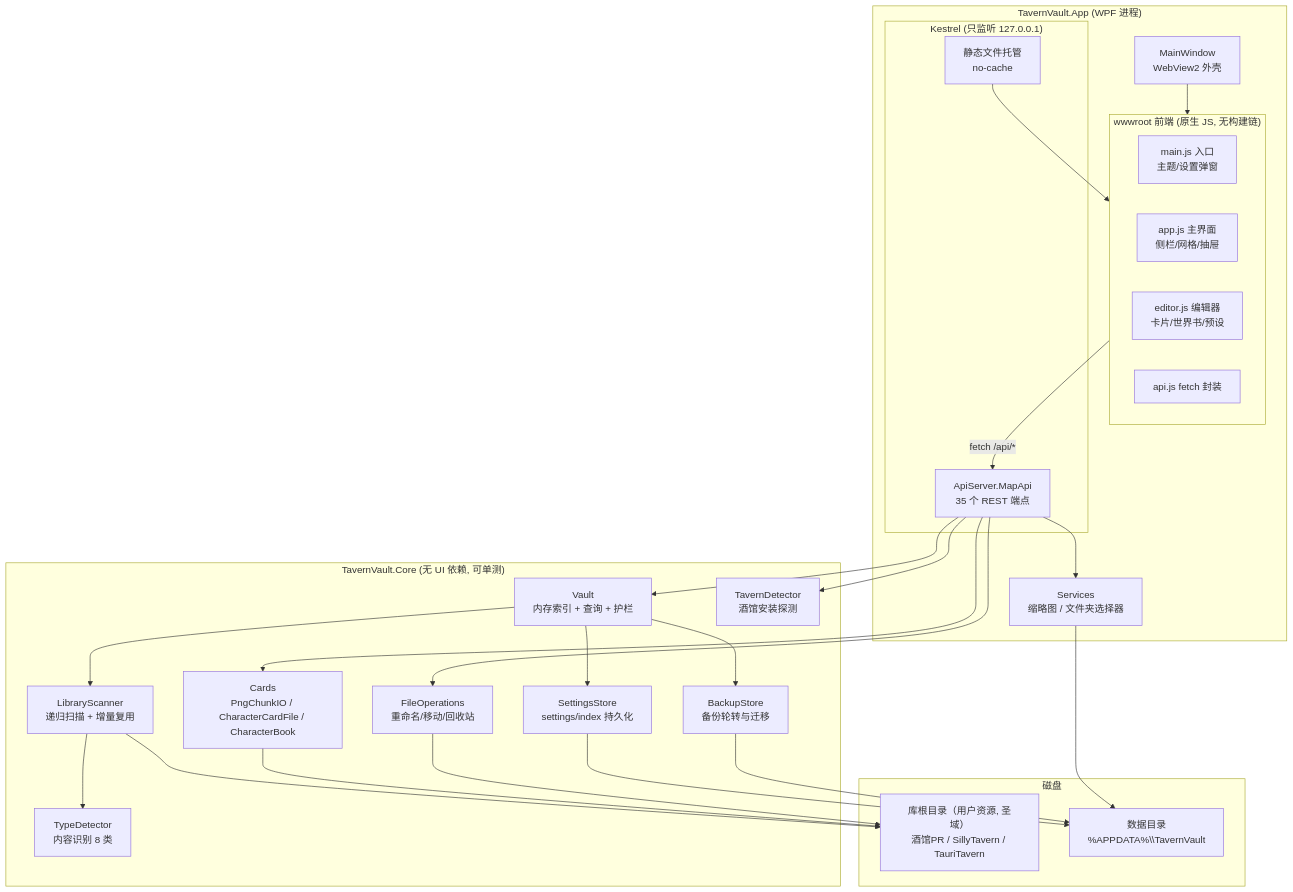
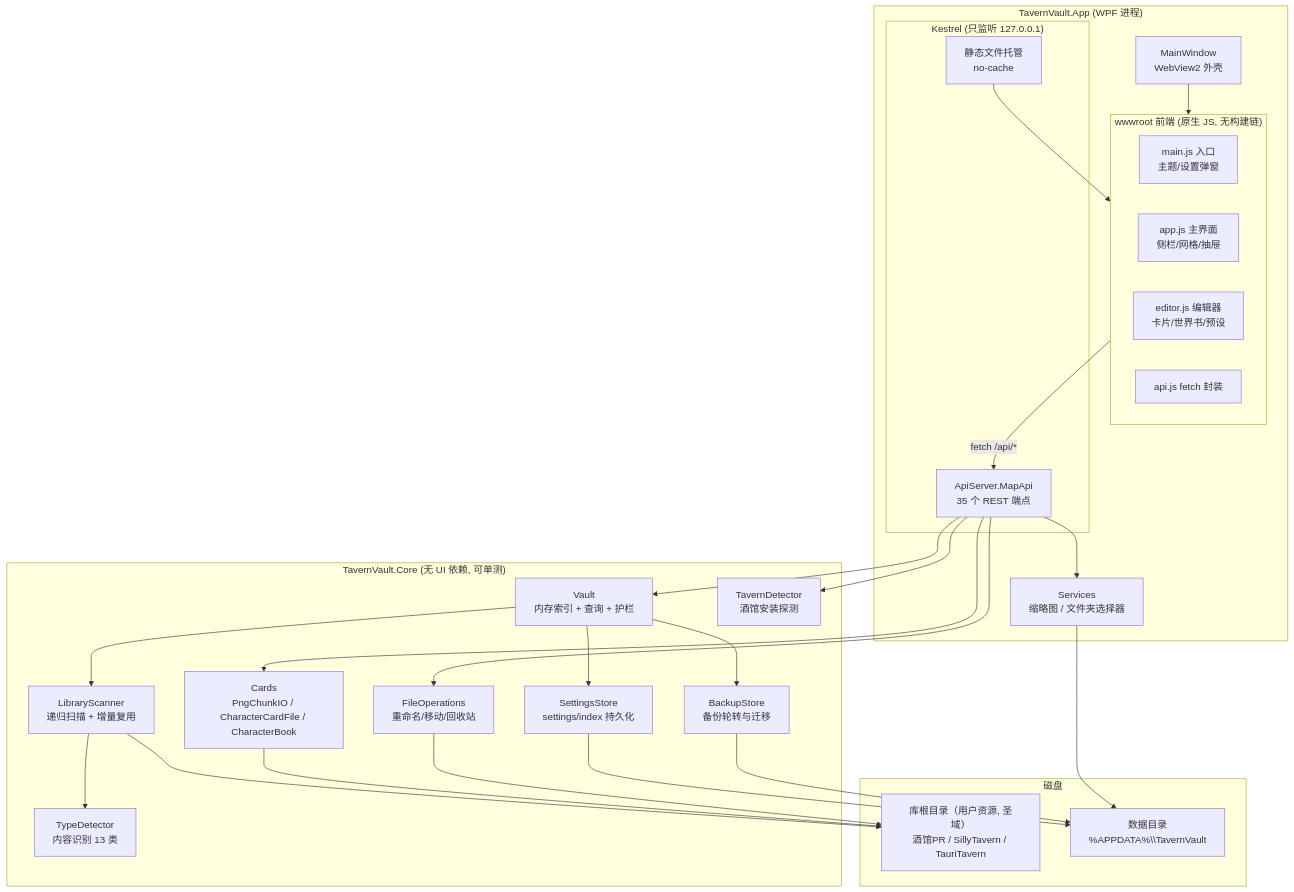
One commit to minekurs53-cmd/TavernVault changed the first of 12 diagrams in docs/architecture-visualization.md. Above: the diagram before and after it, drawn with Mermaid. The commit also changed other lines of this file and 18 other files, not shown here.

````diff
--- a/docs/architecture-visualization.md
+++ b/docs/architecture-visualization.md
@@ -8,52 +8,52 @@
 ```mermaid
 graph TB
     subgraph App["TavernVault.App (WPF 进程)"]
         Shell["MainWindow<br/>WebView2 外壳"]
         subgraph Web["wwwroot 前端 (原生 JS, 无构建链)"]
             MAIN["main.js 入口<br/>主题/设置弹窗"]
             APPJ["app.js 主界面<br/>侧栏/网格/抽屉"]
             EDJ["editor.js 编辑器<br/>卡片/世界书/预设"]
             APIJ["api.js fetch 封装"]
         end
         subgraph Kestrel["Kestrel (只监听 127.0.0.1)"]
             STATIC["静态文件托管<br/>no-cache"]
             REST["ApiServer.MapApi<br/>35 个 REST 端点"]
         end
         SVCS["Services<br/>缩略图 / 文件夹选择器"]
     end
 
     subgraph Core["TavernVault.Core (无 UI 依赖, 可单测)"]
         VAULT["Vault<br/>内存索引 + 查询 + 护栏"]
         SCANNER["LibraryScanner<br/>递归扫描 + 增量复用"]
-        DETECTOR["TypeDetector<br/>内容识别 8 类"]
+        DETECTOR["TypeDetector<br/>内容识别 13 类"]
         TAVERND["TavernDetector<br/>酒馆安装探测"]
         STORE["SettingsStore<br/>settings/index 持久化"]
         BACKUP["BackupStore<br/>备份轮转与迁移"]
         FILEOPS["FileOperations<br/>重命名/移动/回收站"]
         CARDS["Cards<br/>PngChunkIO / CharacterCardFile / CharacterBook"]
     end
 
     subgraph Disk["磁盘"]
         LIB["库根目录（用户资源, 圣域）<br/>酒馆PR / SillyTavern / TauriTavern"]
         DATA["数据目录<br/>%APPDATA%\\TavernVault"]
     end
 
     Shell --> Web
     Web -->|"fetch /api/*"| REST
     STATIC --> Web
     REST --> VAULT
     VAULT --> SCANNER
     SCANNER --> DETECTOR
     VAULT --> STORE
     VAULT --> BACKUP
     REST --> FILEOPS
     REST --> CARDS
     REST --> SVCS
     REST --> TAVERND
     SCANNER --> LIB
     CARDS --> LIB
     FILEOPS --> LIB
     STORE --> DATA
     BACKUP --> DATA
     SVCS --> DATA
 ```
````
